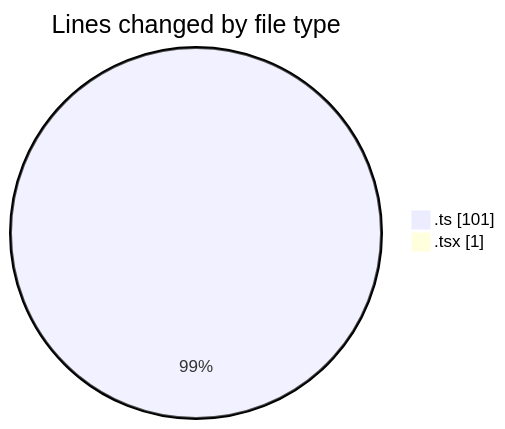
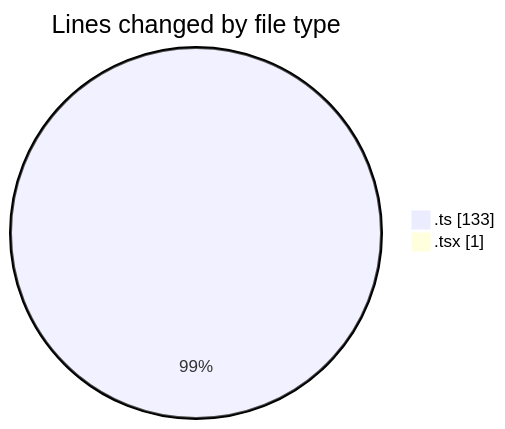
The first of 2 diagrams in 2025-10-28/eventscop-frontend-guide__workspace_/README.md (julien-gomy/code-tracking), drawn with Mermaid before and after one commit. The commit also changed other lines of this file and 1 other file, not shown here.

````diff
--- a/2025-10-28/eventscop-frontend-guide__workspace_/README.md
+++ b/2025-10-28/eventscop-frontend-guide__workspace_/README.md
@@ -22,6 +23,6 @@
 ```mermaid
 pie showData
 title Lines changed by file type
-".ts" : 101
+".ts" : 133
 ".tsx" : 1
 ```
````
